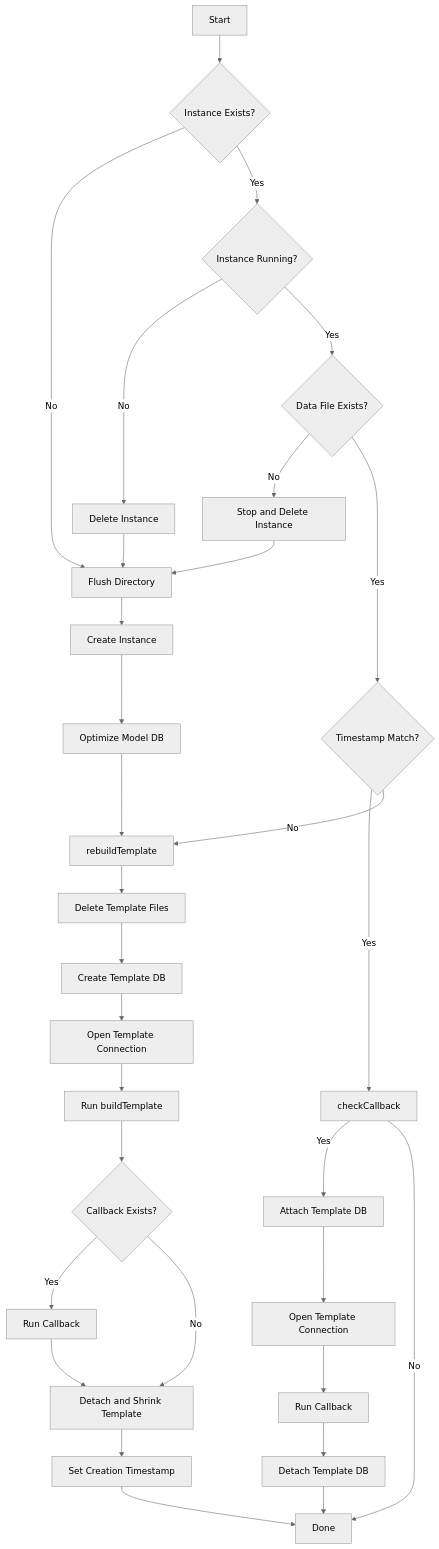
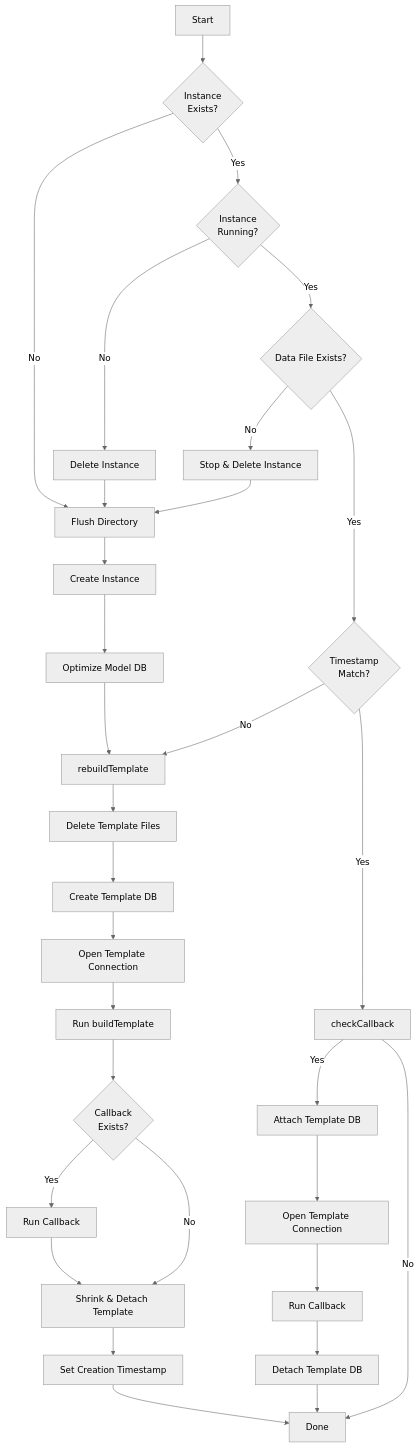
The second of 5 diagrams in docs/mdsource/workflow.md (SimonCropp/LocalDb), drawn with Mermaid (neutral theme) before and after one commit.

````diff
--- a/docs/mdsource/workflow.md
+++ b/docs/mdsource/workflow.md
@@ -45,42 +45,42 @@
 ```mermaid
 flowchart TD
-    start[Start] --> checkExists{Instance Exists?}
+    start[Start] --> checkExists{Instance<br>Exists?}
 
     checkExists -->|No| flushDir[Flush Directory]
-    checkExists -->|Yes| checkRunning{Instance Running?}
+    checkExists -->|Yes| checkRunning{Instance<br>Running?}
 
     checkRunning -->|No| deleteInstance[Delete Instance]
     deleteInstance --> flushDir
 
     checkRunning -->|Yes| checkDataFile{Data File Exists?}
 
-    checkDataFile -->|No| stopAndDelete[Stop and Delete Instance]
+    checkDataFile -->|No| stopAndDelete[Stop & Delete Instance]
     stopAndDelete --> flushDir
 
-    checkDataFile -->|Yes| checkTimestamp{Timestamp Match?}
+    checkDataFile -->|Yes| checkTimestamp{Timestamp<br>Match?}
+
+    checkTimestamp -->|No| rebuildTemplate
 
     checkTimestamp -->|Yes| checkCallback
-
-    checkTimestamp -->|No| rebuildTemplate
     flushDir --> createInstance[Create Instance]
     createInstance --> optimizeModel[Optimize Model DB]
     optimizeModel --> rebuildTemplate
     rebuildTemplate --> deleteFiles[Delete Template Files]
     deleteFiles --> createTemplateDb[Create Template DB]
     createTemplateDb --> openTemplateConn[Open Template Connection]
     openTemplateConn --> runBuildTemplate[Run buildTemplate]
-    runBuildTemplate --> checkCallbackAfterBuild{Callback Exists?}
+    runBuildTemplate --> checkCallbackAfterBuild{Callback<br>Exists?}
     checkCallbackAfterBuild -->|Yes| runCallbackAfterBuild[Run Callback]
-    checkCallbackAfterBuild -->|No| detachShrink[Detach and Shrink Template]
+    checkCallbackAfterBuild -->|No| detachShrink[Shrink & Detach Template]
     runCallbackAfterBuild --> detachShrink
     detachShrink --> setTimestamp[Set Creation Timestamp]
 
     checkCallback -->|Yes| attachTemplate[Attach Template DB]
     attachTemplate --> openForCallback[Open Template Connection]
     openForCallback --> runCallback[Run Callback]
     runCallback --> detachTemplate[Detach Template DB]
 
     checkCallback -->|No| done[Done]
     detachTemplate --> done
     setTimestamp --> done
 ```
````
